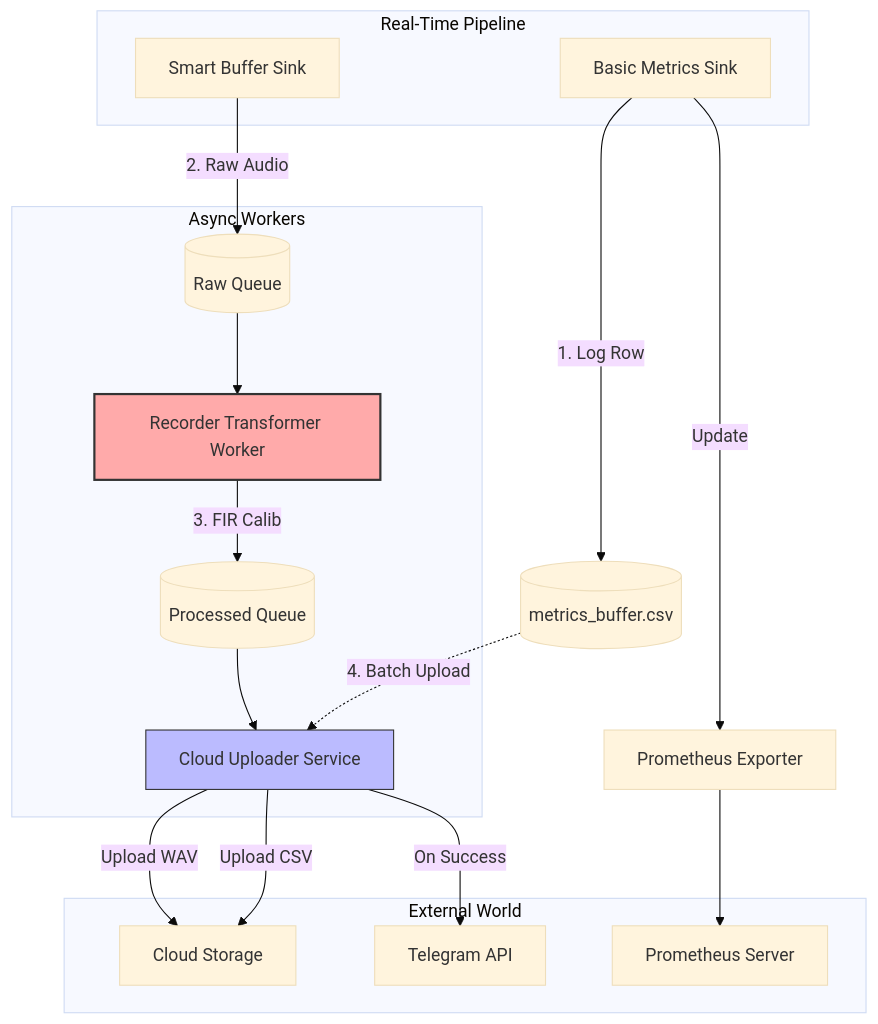
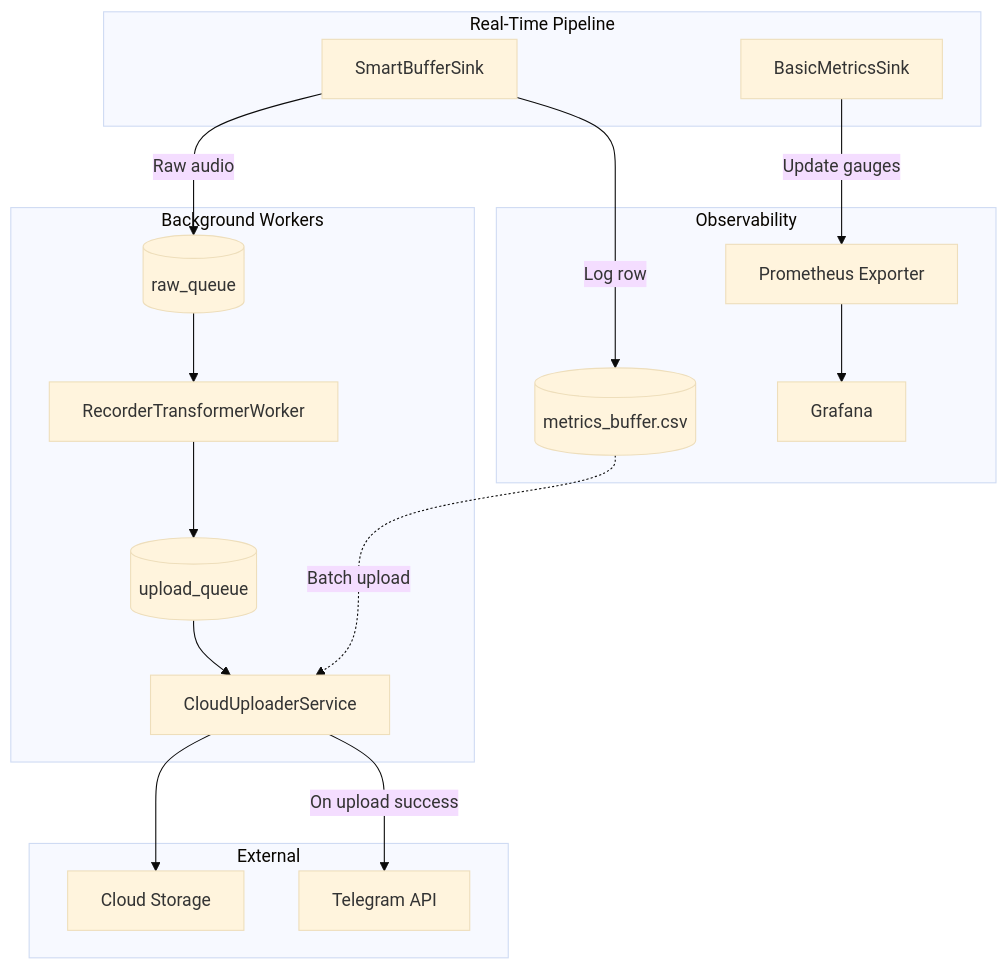
One commit to danielfcollier/py-edge-ai-acoustic-monitoring-app changed the fourth of 4 diagrams in ARCHITECTURE.md. Above: the diagram before and after it, drawn with Mermaid (base theme). The commit also changed other lines of this file and 14 other files, not shown here.

````diff
--- a/ARCHITECTURE.md
+++ b/ARCHITECTURE.md
@@ -192,39 +93,36 @@
 ```mermaid
 flowchart TD
     subgraph Pipeline [Real-Time Pipeline]
-        MetricSink[Basic Metrics Sink]
-        BufferSink[Smart Buffer Sink]
+        M[BasicMetricsSink]
+        B[SmartBufferSink]
     end
 
-    subgraph Async [Async Workers]
-        RawQueue[(Raw Queue)]
-        Transformer[Recorder Transformer Worker]
-        ProcessedQueue[(Processed Queue)]
-        Uploader[Cloud Uploader Service]
+    subgraph Workers [Background Workers]
+        RQ[(raw_queue)]
+        RT[RecorderTransformerWorker]
+        UQ[(upload_queue)]
+        CU[CloudUploaderService]
     end
 
-    %% Data Flow
-    MetricSink -- "1. Log Row" --> CSV[("metrics_buffer.csv")]
-    MetricSink -- "Update" --> Prometheus[Prometheus Exporter]
+    subgraph Monitoring [Observability]
+        Prom[Prometheus Exporter]
+        CSV[("metrics_buffer.csv")]
+        Grafana[Grafana]
+    end
 
-    BufferSink -- "2. Raw Audio" --> RawQueue
-    RawQueue --> Transformer
-    Transformer -- "3. FIR Calib" --> ProcessedQueue
-    ProcessedQueue --> Uploader
-    CSV -. "4. Batch Upload" .-> Uploader
-
-    %% External
-    subgraph External [External World]
+    subgraph External
         Cloud[Cloud Storage]
         Telegram[Telegram API]
-        Grafana[Prometheus Server]
     end
 
-    Uploader -- "Upload WAV" --> Cloud
-    Uploader -- "Upload CSV" --> Cloud
-    Uploader -- "On Success" --> Telegram
-    Prometheus --> Grafana
-
-    style Transformer fill:#ffaaaa,stroke:#333,stroke-width:2px
-    style Uploader fill:#bbf,stroke:#333
+    M -- "Update gauges" --> Prom
+    B -- "Log row" --> CSV
+    B -- "Raw audio" --> RQ
+    RQ --> RT
+    RT --> UQ
+    UQ --> CU
+    CSV -. "Batch upload" .-> CU
+    CU --> Cloud
+    CU -- "On upload success" --> Telegram
+    Prom --> Grafana
 ```
````
